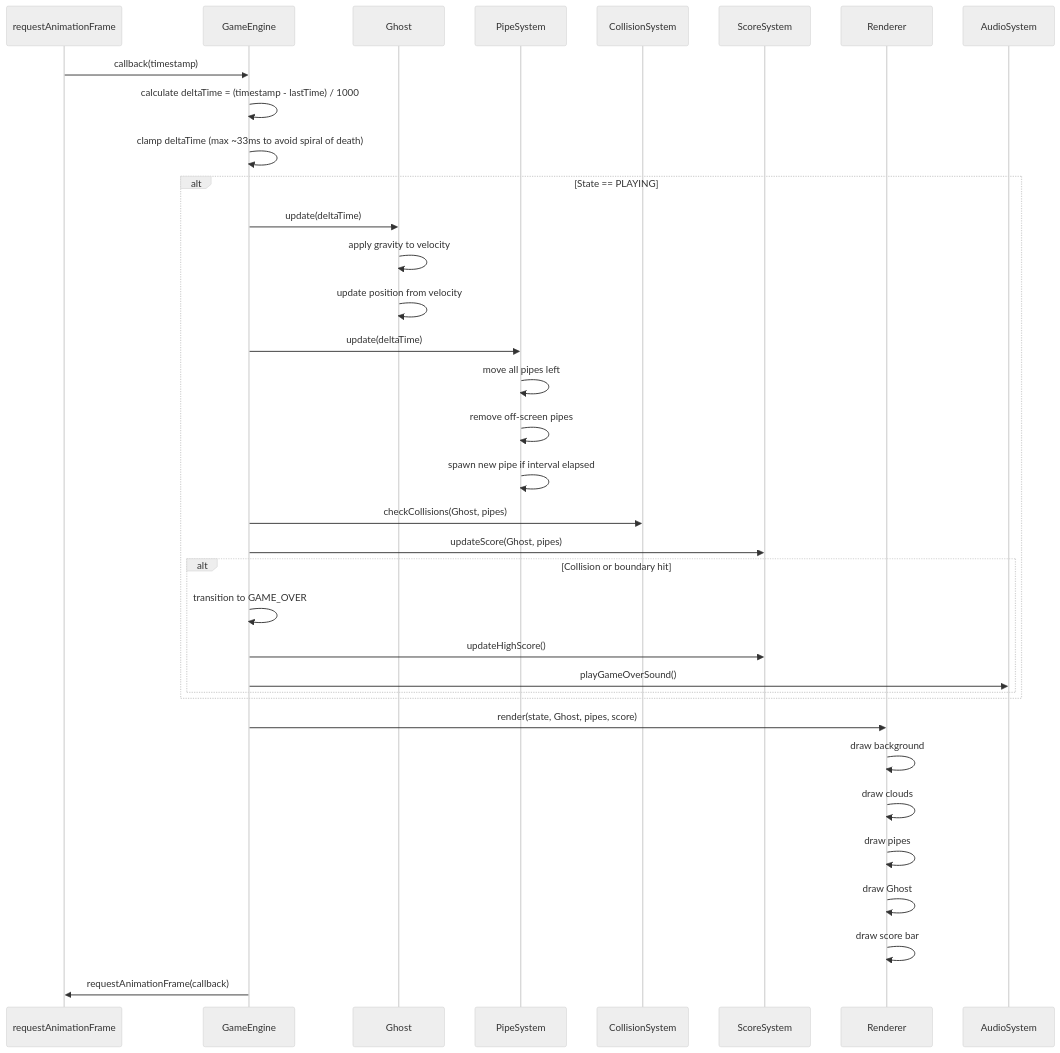
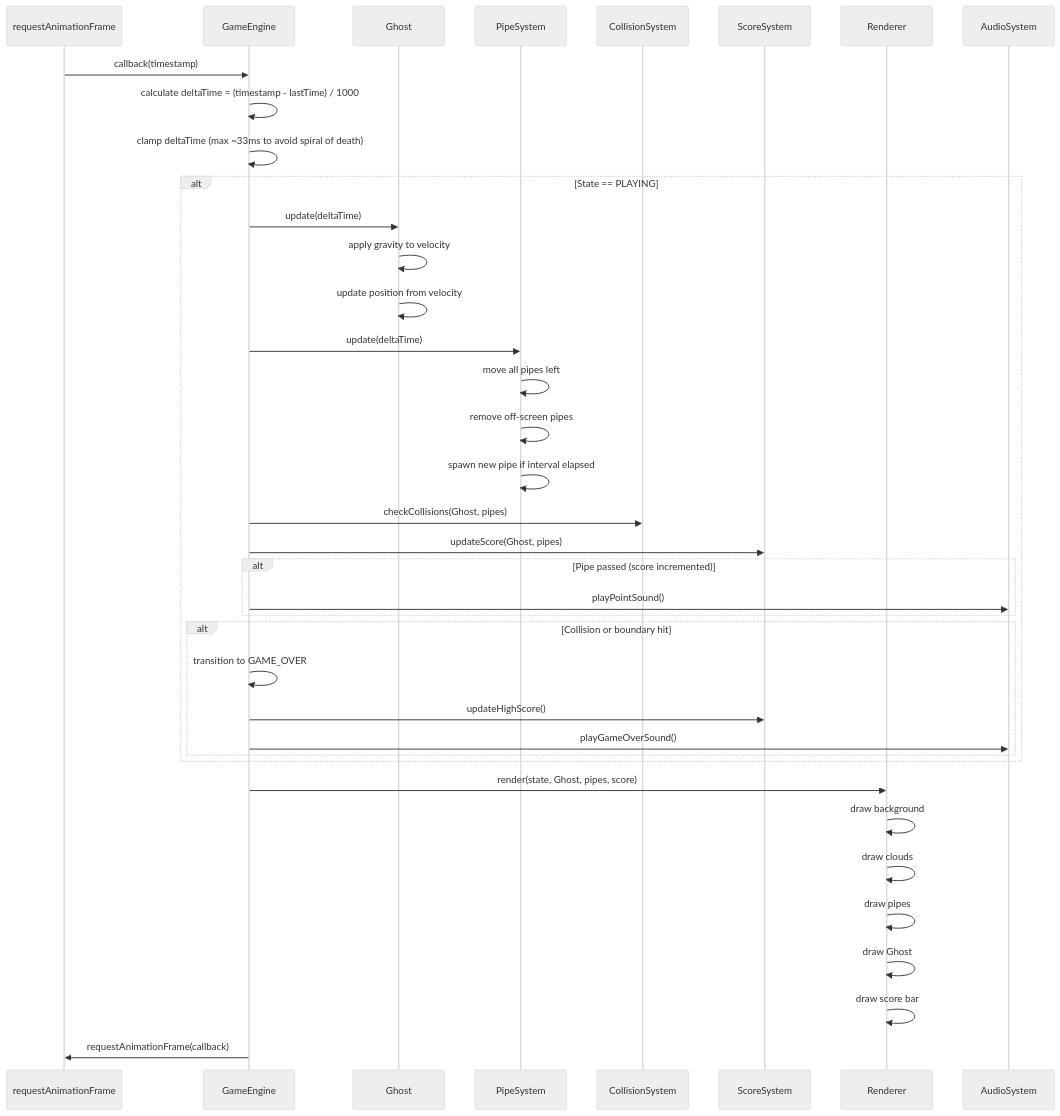
Before and after one commit to jrodriguezluna/flappy-kiro: the third of 3 diagrams in .kiro/specs/flappy-kiro/design.md, drawn with Mermaid (neutral theme). The commit also changed other lines of this file and 9 other files, not shown here.

````diff
--- a/.kiro/specs/flappy-kiro/design.md
+++ b/.kiro/specs/flappy-kiro/design.md
@@ -89,39 +91,42 @@
 ```mermaid
 sequenceDiagram
     participant RAF as requestAnimationFrame
     participant GE as GameEngine
     participant G as Ghost
     participant PS as PipeSystem
     participant CS as CollisionSystem
     participant SS as ScoreSystem
     participant R as Renderer
 
     RAF->>GE: callback(timestamp)
     GE->>GE: calculate deltaTime = (timestamp - lastTime) / 1000
     GE->>GE: clamp deltaTime (max ~33ms to avoid spiral of death)
 
     alt State == PLAYING
         GE->>G: update(deltaTime)
         G->>G: apply gravity to velocity
         G->>G: update position from velocity
         GE->>PS: update(deltaTime)
         PS->>PS: move all pipes left
         PS->>PS: remove off-screen pipes
         PS->>PS: spawn new pipe if interval elapsed
         GE->>CS: checkCollisions(Ghost, pipes)
         GE->>SS: updateScore(Ghost, pipes)
+        alt Pipe passed (score incremented)
+            GE->>AudioSystem: playPointSound()
+        end
         alt Collision or boundary hit
             GE->>GE: transition to GAME_OVER
             GE->>SS: updateHighScore()
             GE->>AudioSystem: playGameOverSound()
         end
     end
 
     GE->>R: render(state, Ghost, pipes, score)
     R->>R: draw background
     R->>R: draw clouds
     R->>R: draw pipes
     R->>R: draw Ghost
     R->>R: draw score bar
     GE->>RAF: requestAnimationFrame(callback)
 ```
````
